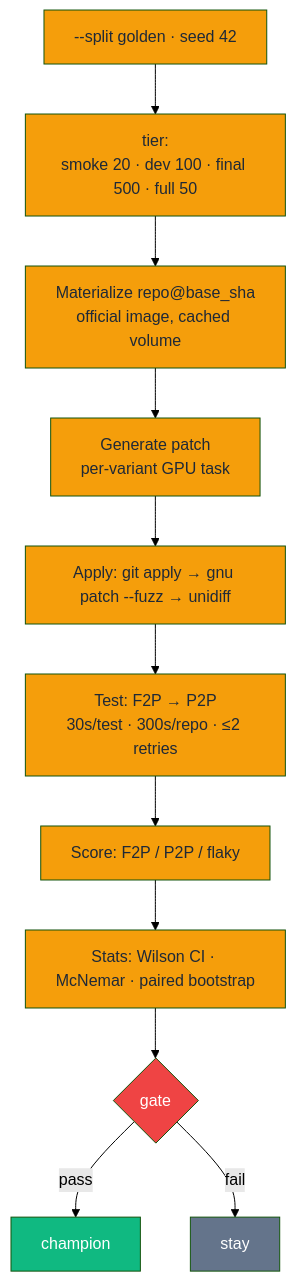
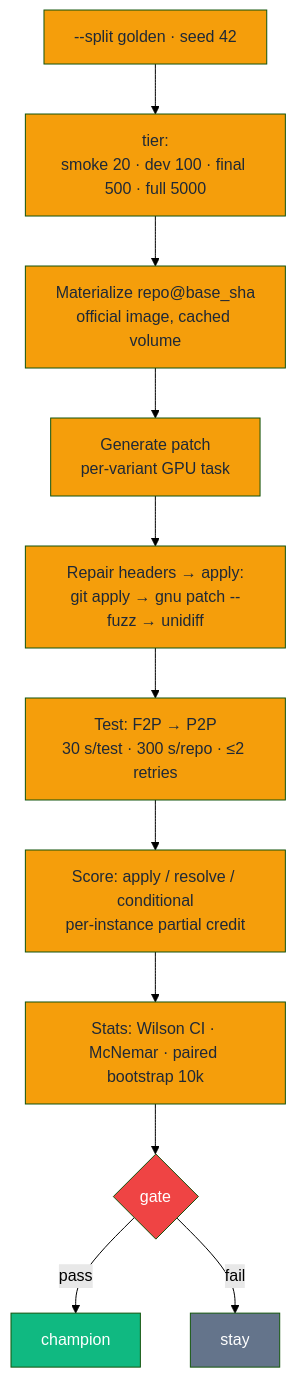
Before and after one commit to AhmedIkram05/SWE-Qwen: the third of 4 diagrams in docs/deep-dives.md, drawn with Mermaid (forest theme). The commit also changed other lines of this file, not shown here.

````diff
--- a/docs/deep-dives.md
+++ b/docs/deep-dives.md
@@ -140,24 +184,24 @@
 ```mermaid
 flowchart TB
-    A["--split golden · seed 42"] --> B["tier:<br/>smoke 20 · dev 100 · final 500 · full 50"]
+    A["--split golden · seed 42"] --> B["tier:<br/>smoke 20 · dev 100 · final 500 · full 5000"]
     B --> C["Materialize repo@base_sha<br/>official image, cached volume"]
     C --> D["Generate patch<br/>per-variant GPU task"]
-    D --> E["Apply: git apply → gnu patch --fuzz → unidiff"]
-    E --> F["Test: F2P → P2P<br/>30s/test · 300s/repo · ≤2 retries"]
-    F --> G["Score: F2P / P2P / flaky"]
-    G --> H["Stats: Wilson CI · McNemar · paired bootstrap"]
+    D --> E["Repair headers → apply:<br/>git apply → gnu patch --fuzz → unidiff"]
+    E --> F["Test: F2P → P2P<br/>30 s/test · 300 s/repo · ≤2 retries"]
+    F --> G["Score: apply / resolve / conditional<br/>per-instance partial credit"]
+    G --> H["Stats: Wilson CI · McNemar · paired bootstrap 10k"]
     H --> I{"gate"}
     I -- pass --> J["champion"]
     I -- fail --> K["stay"]
     style A fill:#f59e0b,color:#1f2937
     style B fill:#f59e0b,color:#1f2937
     style C fill:#f59e0b,color:#1f2937
     style D fill:#f59e0b,color:#1f2937
     style E fill:#f59e0b,color:#1f2937
     style F fill:#f59e0b,color:#1f2937
     style G fill:#f59e0b,color:#1f2937
     style H fill:#f59e0b,color:#1f2937
     style I fill:#ef4444,color:#fff
     style J fill:#10b981,color:#fff
     style K fill:#64748b,color:#fff
 ```
````
